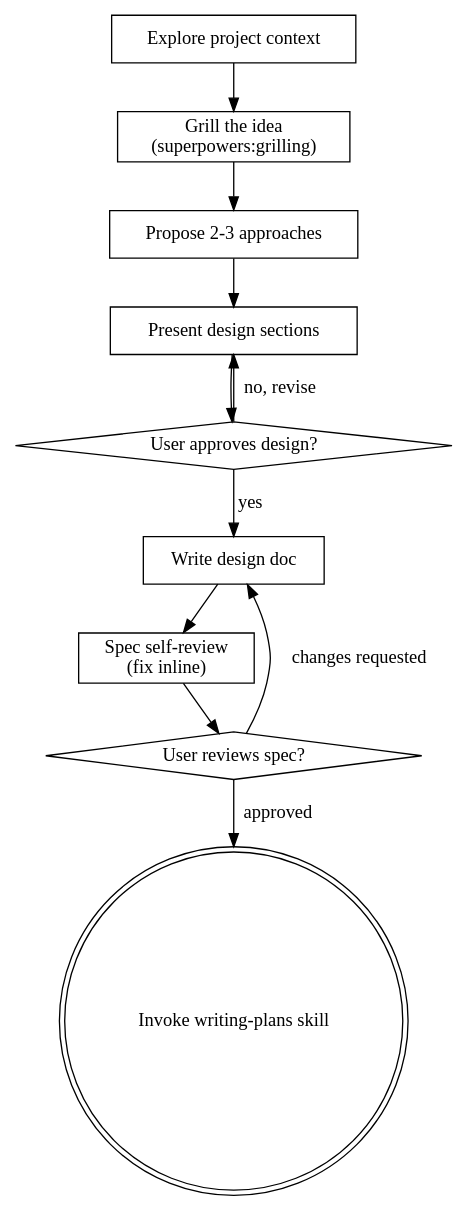
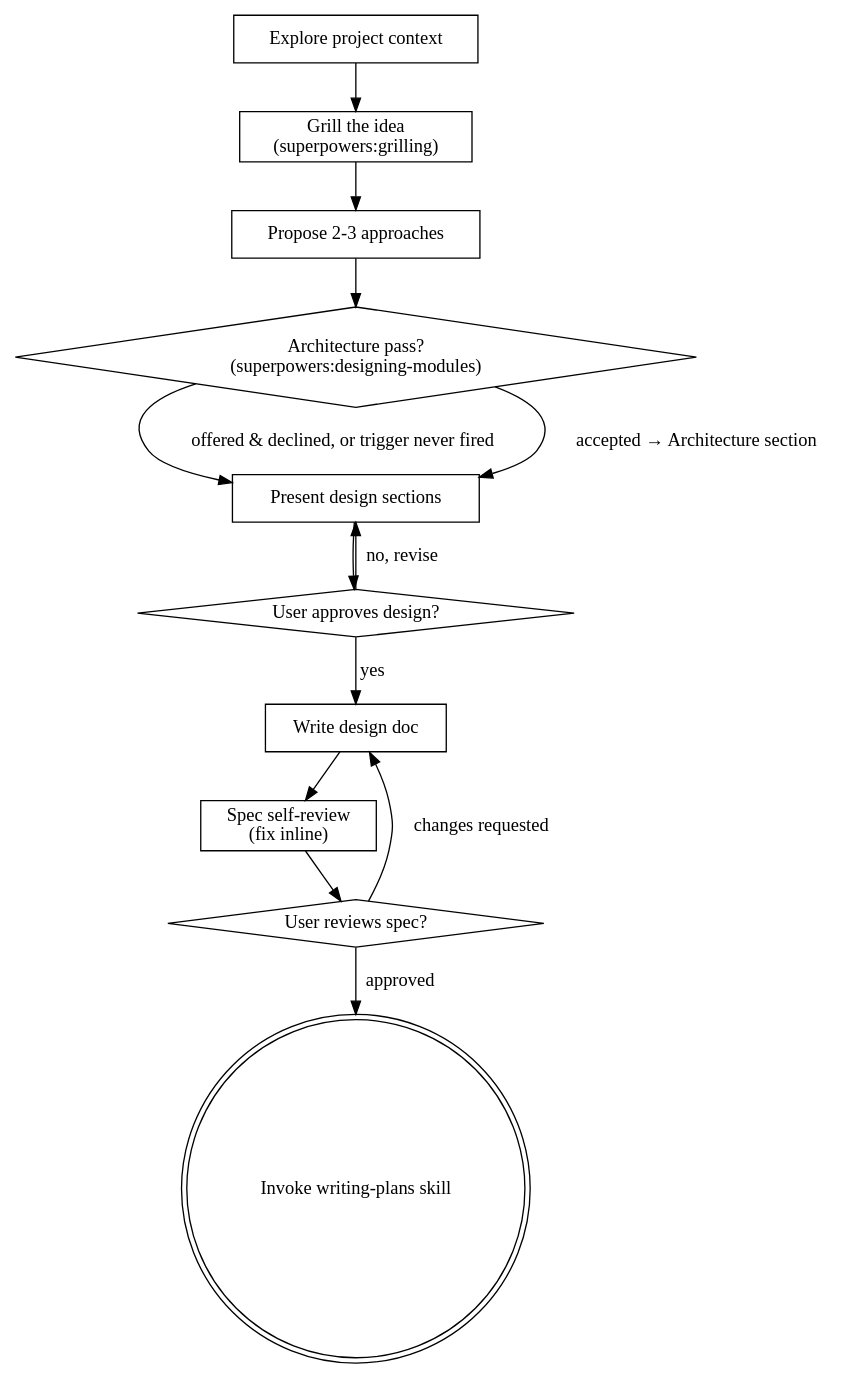
The diagram in skills/brainstorming/SKILL.md (owittek/stateful-superpowers), drawn with Graphviz before and after one commit. The commit also changed other lines of this file, not shown here.

First line of the commit message:
feat(brainstorming): optional architecture pass via designing-modules

````diff
--- a/skills/brainstorming/SKILL.md
+++ b/skills/brainstorming/SKILL.md
@@ -37,24 +38,27 @@
 ```dot
 digraph brainstorming {
     "Explore project context" [shape=box];
     "Grill the idea\n(superpowers:grilling)" [shape=box];
     "Propose 2-3 approaches" [shape=box];
+    "Architecture pass?\n(superpowers:designing-modules)" [shape=diamond];
     "Present design sections" [shape=box];
     "User approves design?" [shape=diamond];
     "Write design doc" [shape=box];
     "Spec self-review\n(fix inline)" [shape=box];
     "User reviews spec?" [shape=diamond];
     "Invoke writing-plans skill" [shape=doublecircle];
 
     "Explore project context" -> "Grill the idea\n(superpowers:grilling)";
     "Grill the idea\n(superpowers:grilling)" -> "Propose 2-3 approaches";
-    "Propose 2-3 approaches" -> "Present design sections";
+    "Propose 2-3 approaches" -> "Architecture pass?\n(superpowers:designing-modules)";
+    "Architecture pass?\n(superpowers:designing-modules)" -> "Present design sections" [label="offered & declined, or trigger never fired"];
+    "Architecture pass?\n(superpowers:designing-modules)" -> "Present design sections" [label="accepted → Architecture section"];
     "Present design sections" -> "User approves design?";
     "User approves design?" -> "Present design sections" [label="no, revise"];
     "User approves design?" -> "Write design doc" [label="yes"];
     "Write design doc" -> "Spec self-review\n(fix inline)";
     "Spec self-review\n(fix inline)" -> "User reviews spec?";
     "User reviews spec?" -> "Write design doc" [label="changes requested"];
     "User reviews spec?" -> "Invoke writing-plans skill" [label="approved"];
 }
 ```
````
